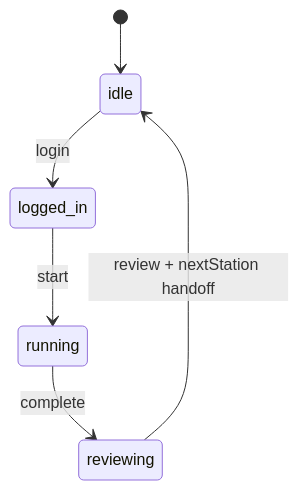
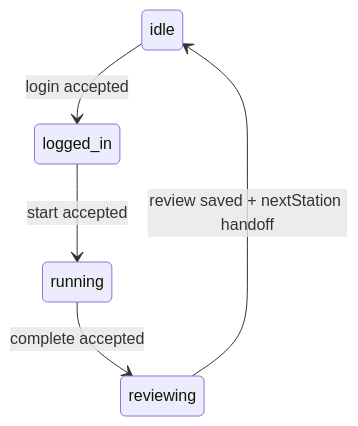
Before and after one commit to GnomUltras/backend: the first of 5 diagrams in README.md, drawn with Mermaid. The commit also changed other lines of this file and 1 other file, not shown here.

````diff
--- a/README.md
+++ b/README.md
@@ -182,8 +95,7 @@
 ```mermaid
 stateDiagram-v2
-    [*] --> idle
-    idle --> logged_in: login
-    logged_in --> running: start
-    running --> reviewing: complete
-    reviewing --> idle: review + nextStation handoff
+    idle --> logged_in: login accepted
+    logged_in --> running: start accepted
+    running --> reviewing: complete accepted
+    reviewing --> idle: review saved + nextStation handoff
 ```
````
